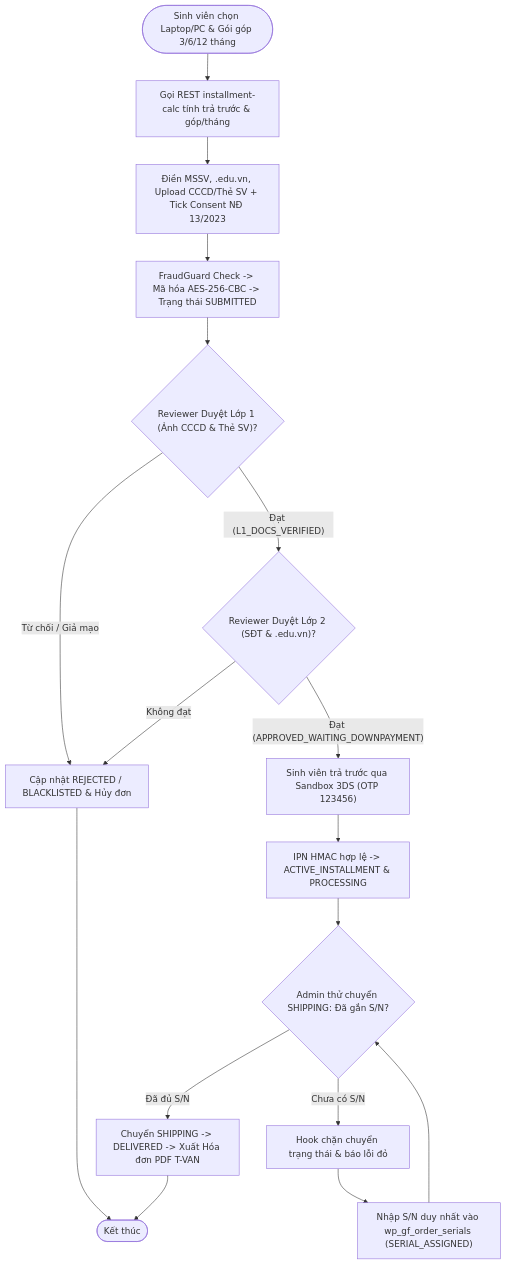
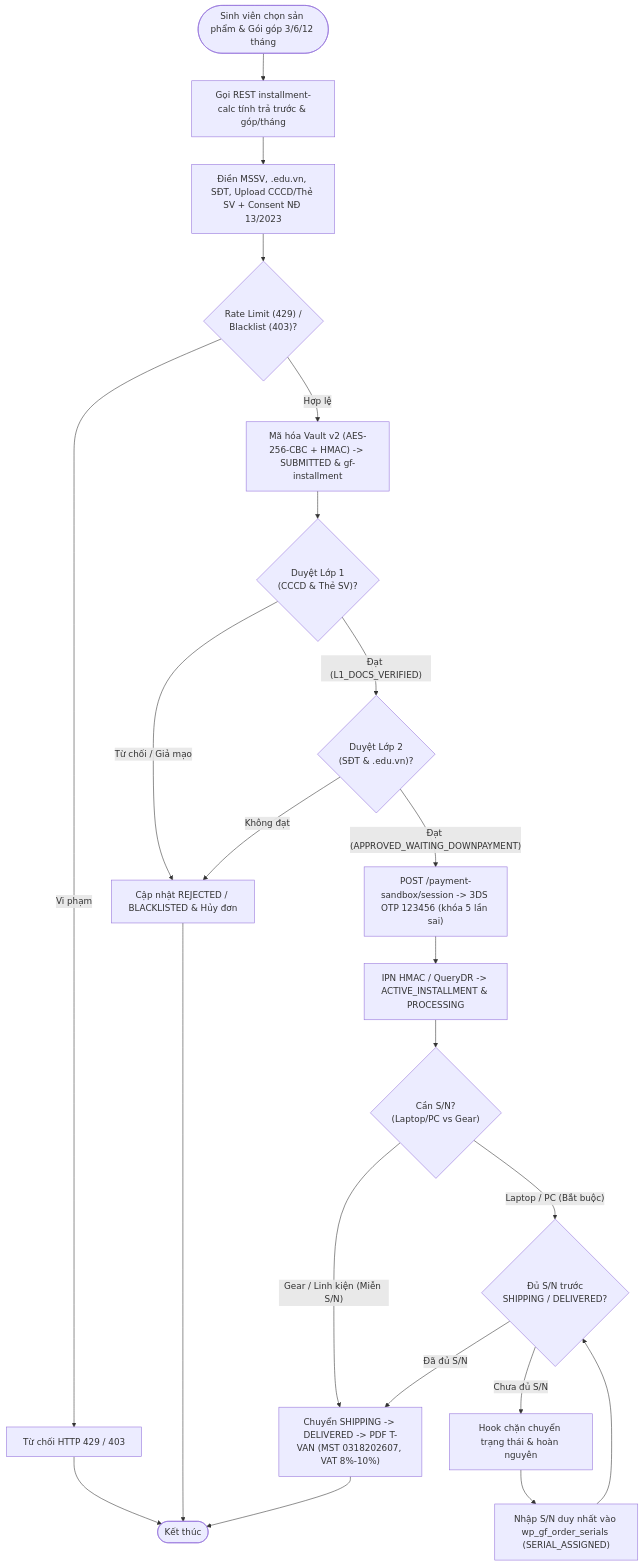
Before and after one commit to nguyenthanhtri5h-bot/EC312-GearForge-HeThongTMDT: the diagram in 2. Quy ước và Sơ đồ UML/role4_diagrams/UC10_12_Installment_Activity_Role4.mmd, drawn with Mermaid. The commit also changed 13 other files, not shown here.

Commit message:
docs(role4): cập nhật đồng bộ 6 sơ đồ UML/ERD theo FIX-14..FIX-16 và xuất lại báo cáo Word

```diff
--- a/2. Quy ước và Sơ đồ UML/role4_diagrams/UC10_12_Installment_Activity_Role4.mmd
+++ b/2. Quy ước và Sơ đồ UML/role4_diagrams/UC10_12_Installment_Activity_Role4.mmd
@@ -1,13 +1,17 @@
 flowchart TD
-    Start(["Sinh viên chọn Laptop/PC & Gói góp 3/6/12 tháng"]) --> Calc["Gọi REST installment-calc tính trả trước & góp/tháng"]
-    Calc --> Submit["Điền MSSV, .edu.vn, Upload CCCD/Thẻ SV + Tick Consent NĐ 13/2023"]
-    Submit --> Encrypt["FraudGuard Check -> Mã hóa AES-256-CBC -> Trạng thái SUBMITTED"]
-    Encrypt --> L1{"Reviewer Duyệt Lớp 1 (Ảnh CCCD & Thẻ SV)?"}
-    L1 -- "Từ chối / Giả mạo" --> Reject["Cập nhật REJECTED / BLACKLISTED & Hủy đơn"] --> EndNode(["Kết thúc"])
-    L1 -- "Đạt (L1_DOCS_VERIFIED)" --> L2{"Reviewer Duyệt Lớp 2 (SĐT & .edu.vn)?"}
+    Start(["Sinh viên chọn sản phẩm & Gói góp 3/6/12 tháng"]) --> Calc["Gọi REST installment-calc tính trả trước & góp/tháng"]
+    Calc --> Submit["Điền MSSV, .edu.vn, SĐT, Upload CCCD/Thẻ SV + Consent NĐ 13/2023"]
+    Submit --> Guard{"Rate Limit (429) /<br/>Blacklist (403)?"}
+    Guard -- "Vi phạm" --> Blocked["Từ chối HTTP 429 / 403"] --> EndNode(["Kết thúc"])
+    Guard -- "Hợp lệ" --> Encrypt["Mã hóa Vault v2 (AES-256-CBC + HMAC) -> SUBMITTED & gf-installment"]
+    Encrypt --> L1{"Duyệt Lớp 1<br/>(CCCD & Thẻ SV)?"}
+    L1 -- "Từ chối / Giả mạo" --> Reject["Cập nhật REJECTED / BLACKLISTED & Hủy đơn"] --> EndNode
+    L1 -- "Đạt (L1_DOCS_VERIFIED)" --> L2{"Duyệt Lớp 2<br/>(SĐT & .edu.vn)?"}
     L2 -- "Không đạt" --> Reject
-    L2 -- "Đạt (APPROVED_WAITING_DOWNPAYMENT)" --> Pay3DS["Sinh viên trả trước qua Sandbox 3DS (OTP 123456)"]
-    Pay3DS --> Paid["IPN HMAC hợp lệ -> ACTIVE_INSTALLMENT & PROCESSING"]
-    Paid --> CheckSN{"Admin thử chuyển SHIPPING: Đã gắn S/N?"}
-    CheckSN -- "Chưa có S/N" --> BlockSN["Hook chặn chuyển trạng thái & báo lỗi đỏ"] --> AssignSN["Nhập S/N duy nhất vào wp_gf_order_serials (SERIAL_ASSIGNED)"] --> CheckSN
-    CheckSN -- "Đã đủ S/N" --> Ship["Chuyển SHIPPING -> DELIVERED -> Xuất Hóa đơn PDF T-VAN"] --> EndNode
+    L2 -- "Đạt (APPROVED_WAITING_DOWNPAYMENT)" --> Pay3DS["POST /payment-sandbox/session -> 3DS OTP 123456 (khóa 5 lần sai)"]
+    Pay3DS --> Paid["IPN HMAC / QueryDR -> ACTIVE_INSTALLMENT & PROCESSING"]
+    Paid --> CheckCat{"Cần S/N?<br/>(Laptop/PC vs Gear)"}
+    CheckCat -- "Gear / Linh kiện (Miễn S/N)" --> Ship
+    CheckCat -- "Laptop / PC (Bắt buộc)" --> CheckSN{"Đủ S/N trước<br/>SHIPPING / DELIVERED?"}
+    CheckSN -- "Chưa đủ S/N" --> BlockSN["Hook chặn chuyển trạng thái & hoàn nguyên"] --> AssignSN["Nhập S/N duy nhất vào wp_gf_order_serials (SERIAL_ASSIGNED)"] --> CheckSN
+    CheckSN -- "Đã đủ S/N" --> Ship["Chuyển SHIPPING -> DELIVERED -> PDF T-VAN (MST 0318202607, VAT 8%-10%)"] --> EndNode
```
